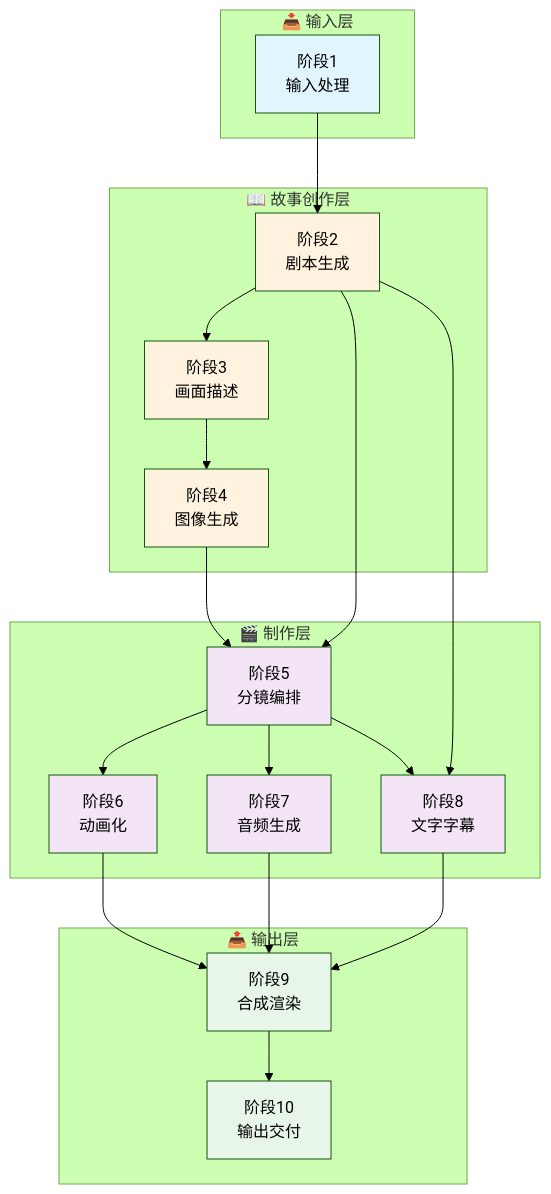
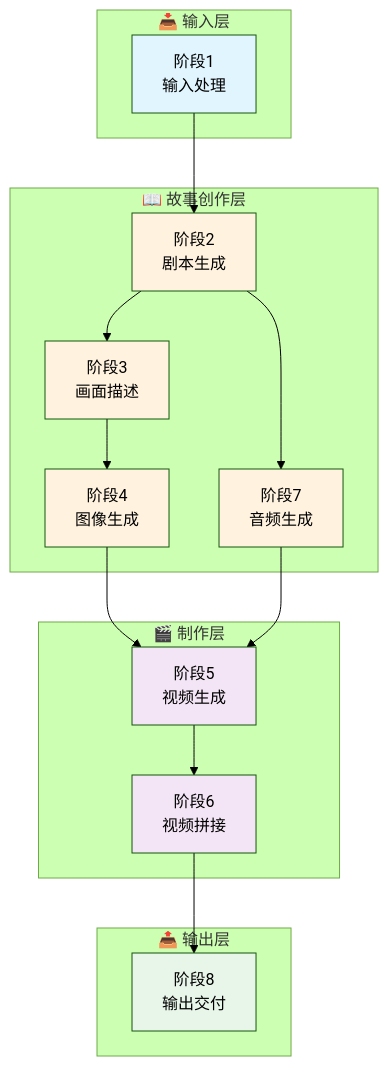
Before and after one commit to kiddyt00/FrameLeap: the first of 2 diagrams in docs/workflow_diagram.md, drawn with Mermaid (forest theme). The commit also changed other lines of this file, not shown here.

````diff
--- a/docs/workflow_diagram.md
+++ b/docs/workflow_diagram.md
@@ -5,49 +5,40 @@
 ```mermaid
 flowchart TD
     subgraph Input["📥 输入层"]
         A[阶段1<br/>输入处理]
     end
 
     subgraph Story["📖 故事创作层"]
         B[阶段2<br/>剧本生成]
         C[阶段3<br/>画面描述]
         D[阶段4<br/>图像生成]
+        G[阶段7<br/>音频生成]
     end
 
     subgraph Production["🎬 制作层"]
-        E[阶段5<br/>分镜编排]
-        F[阶段6<br/>动画化]
-        G[阶段7<br/>音频生成]
-        H[阶段8<br/>文字字幕]
+        E[阶段5<br/>视频生成]
+        F[阶段6<br/>视频拼接]
     end
 
     subgraph Output["📤 输出层"]
-        I[阶段9<br/>合成渲染]
-        J[阶段10<br/>输出交付]
+        H[阶段8<br/>输出交付]
     end
 
     A --> B
     B --> C
     C --> D
-    B --> E
+    B --> G
     D --> E
+    G --> E
     E --> F
-    E --> G
-    B --> H
-    E --> H
-    F --> I
-    G --> I
-    H --> I
-    I --> J
+    F --> H
 
     style A fill:#e1f5fe
     style B fill:#fff3e0
     style C fill:#fff3e0
     style D fill:#fff3e0
+    style G fill:#fff3e0
     style E fill:#f3e5f5
     style F fill:#f3e5f5
-    style G fill:#f3e5f5
-    style H fill:#f3e5f5
-    style I fill:#e8f5e9
-    style J fill:#e8f5e9
+    style H fill:#e8f5e9
 ```
````
